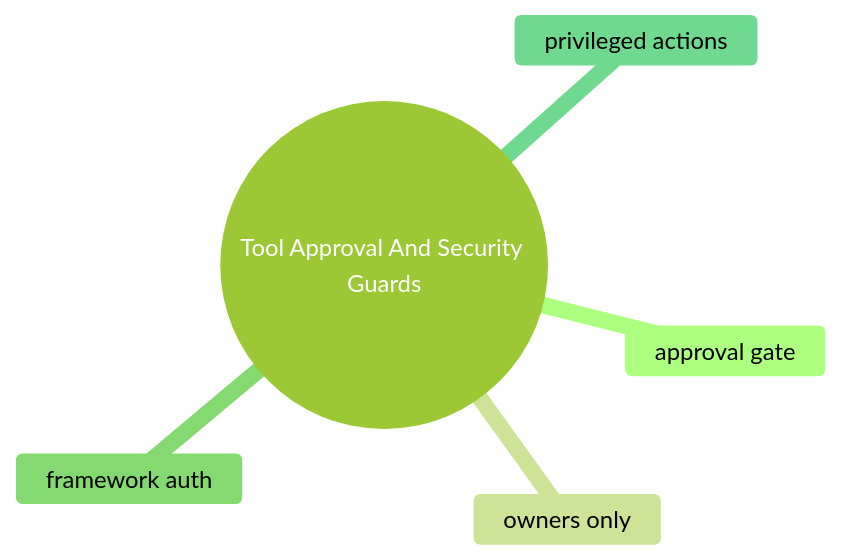
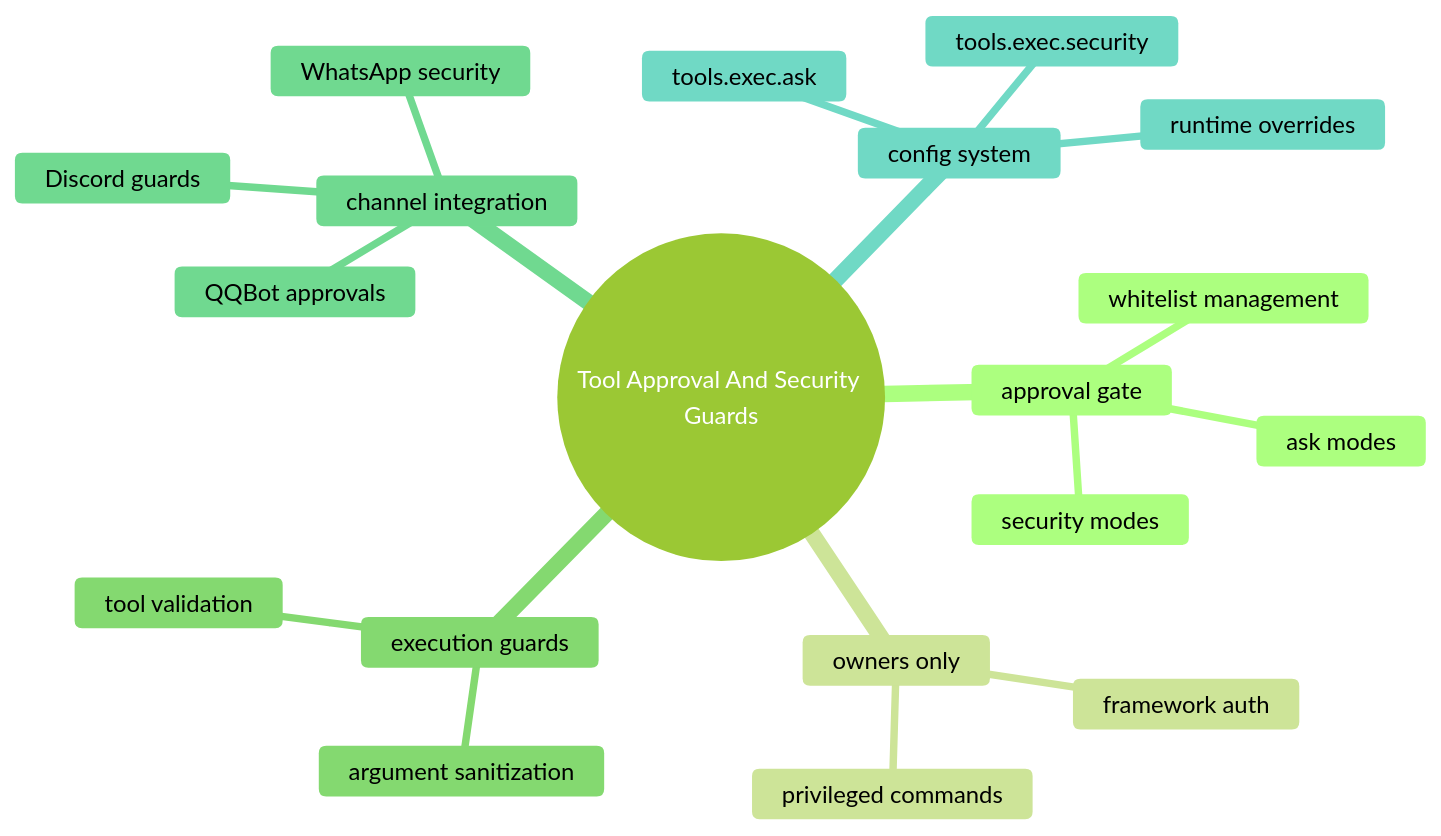
Before and after one commit to dyphn1/openclaw-analysis-materials: the second of 2 diagrams in subsystems/08-tool-approval-and-security-guards/README.md, drawn with Mermaid (forest theme). The commit also changed other lines of this file and 2 other files, not shown here.

First line of the commit message:
docs(approvals): update approvals subsystem docs

````diff
--- a/subsystems/08-tool-approval-and-security-guards/README.md
+++ b/subsystems/08-tool-approval-and-security-guards/README.md
@@ -25,8 +45,22 @@
 ```mermaid
 mindmap
   root((Tool Approval And Security Guards))
     approval gate
+      security modes
+      ask modes
+      whitelist management
     owners only
-    framework auth
-    privileged actions
+      framework auth
+      privileged commands
+    execution guards
+      tool validation
+      argument sanitization
+    channel integration
+      QQBot approvals
+      WhatsApp security
+      Discord guards
+    config system
+      tools.exec.security
+      tools.exec.ask
+      runtime overrides
 ```
````
